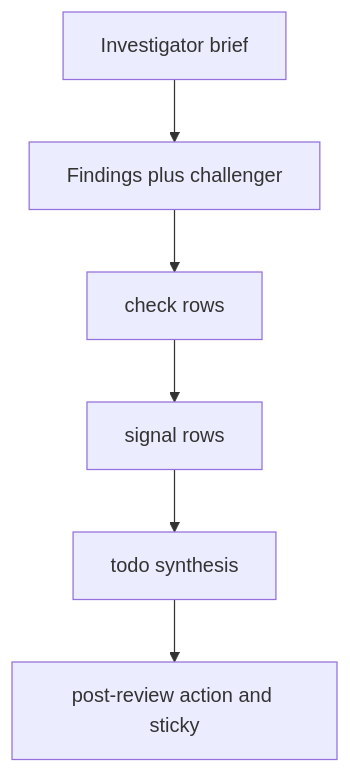
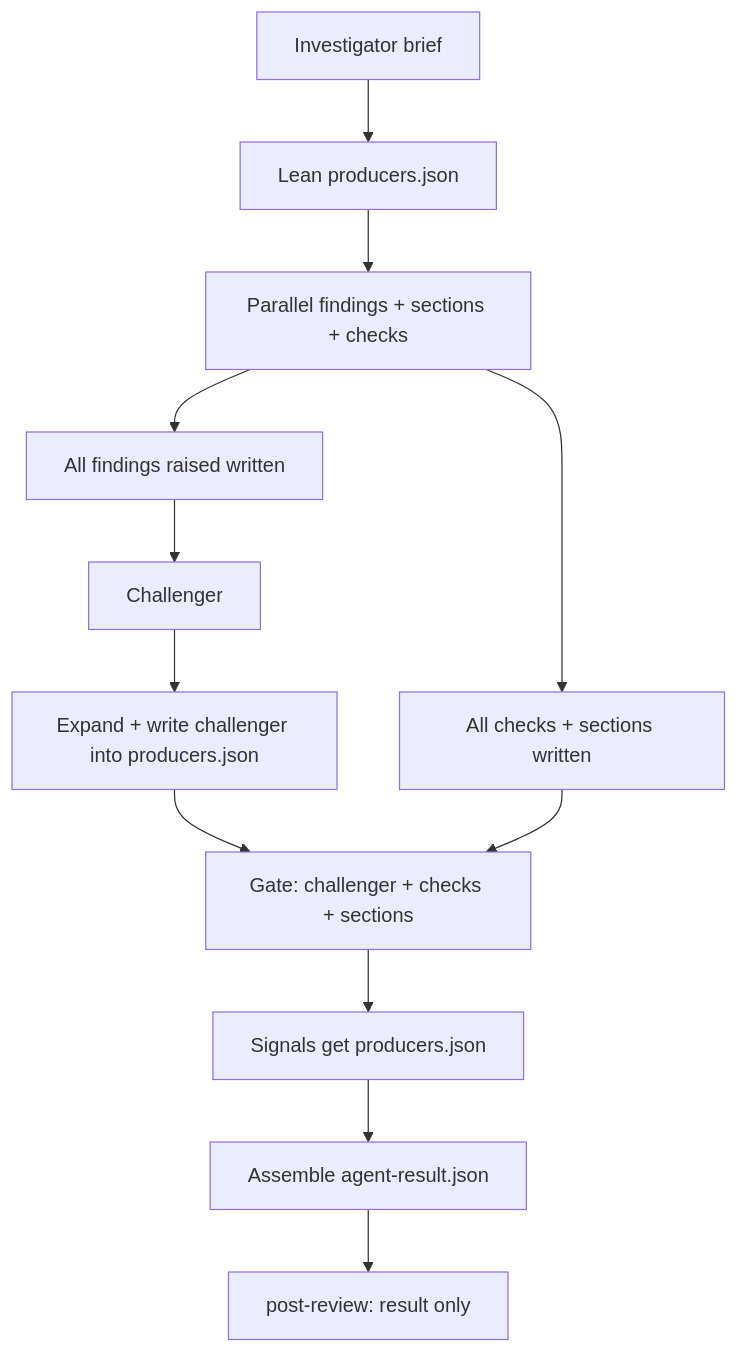
The diagram in .fullsend/skills/pr-review/README.md (opendatahub-io/odh-dashboard), drawn with Mermaid before and after one commit. The commit also changed other lines of this file and 7 other files, not shown here.

First line of the commit message:
Show as-raised producer findings and challenger-removed audit in Fullsend sticky (#10089)

````diff
--- a/.fullsend/skills/pr-review/README.md
+++ b/.fullsend/skills/pr-review/README.md
@@ -41,9 +45,14 @@
 ```mermaid
 flowchart TD
-  findings[Findings plus challenger]
-  checks[check rows]
-  signals[signal rows]
-  todo[todo synthesis]
-  host[post-review action and sticky]
-  brief[Investigator brief] --> findings --> checks --> signals --> todo --> host
+  brief[Investigator brief] --> lean[Lean producers.json]
+  lean --> parallel[Parallel findings + sections + checks]
+  parallel --> findingsDone[All findings raised written]
+  findingsDone --> challenger[Challenger]
+  challenger --> chWrite[Expand + write challenger into producers.json]
+  parallel --> checksDone[All checks + sections written]
+  chWrite --> gate[Gate: challenger + checks + sections]
+  checksDone --> gate
+  gate --> signals[Signals get producers.json]
+  signals --> assemble[Assemble agent-result.json]
+  assemble --> host[post-review: result only]
 ```
````
